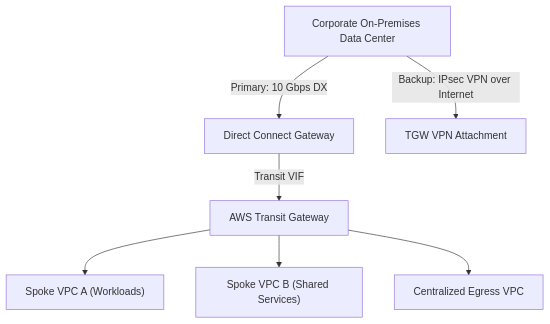
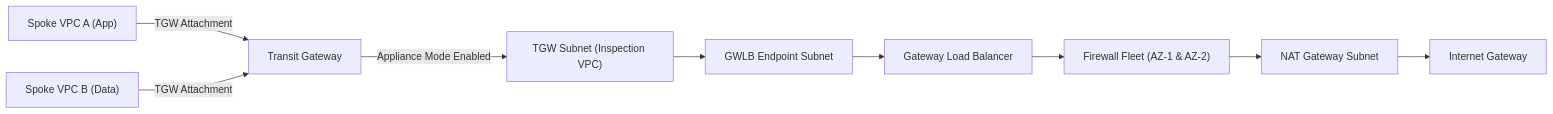
The second of 3 diagrams in AWS_Solutions_Architect_Professional/Domain_1_Organizational_Complexity/Exercises.md (kendricklawton/technical), drawn with Mermaid before and after one commit. The commit also changed other lines of this file and 93 other files, not shown here.

````diff
--- a/AWS_Solutions_Architect_Professional/Domain_1_Organizational_Complexity/Exercises.md
+++ b/AWS_Solutions_Architect_Professional/Domain_1_Organizational_Complexity/Exercises.md
@@ -6,9 +65,11 @@
 ```mermaid
-flowchart TD
-    OnPrem["Corporate On-Premises Data Center"] -->|Primary: 10 Gbps DX| DXGW["Direct Connect Gateway"]
-    OnPrem -->|Backup: IPsec VPN over Internet| TGW_VPN["TGW VPN Attachment"]
-    DXGW -->|Transit VIF| TGW["AWS Transit Gateway"]
-    TGW --> VPC_A["Spoke VPC A (Workloads)"]
-    TGW --> VPC_B["Spoke VPC B (Shared Services)"]
-    TGW --> Egress["Centralized Egress VPC"]
+flowchart LR
+    Spoke1["Spoke VPC A (App)"] -->|TGW Attachment| TGW["Transit Gateway"]
+    Spoke2["Spoke VPC B (Data)"] -->|TGW Attachment| TGW
+    TGW -->|Appliance Mode Enabled| Inspect_TGW["TGW Subnet (Inspection VPC)"]
+    Inspect_TGW --> GWLB_EP["GWLB Endpoint Subnet"]
+    GWLB_EP --> GWLB["Gateway Load Balancer"]
+    GWLB --> FW_Fleet["Firewall Fleet (AZ-1 & AZ-2)"]
+    FW_Fleet --> NAT["NAT Gateway Subnet"]
+    NAT --> IGW["Internet Gateway"]
 ```
````
